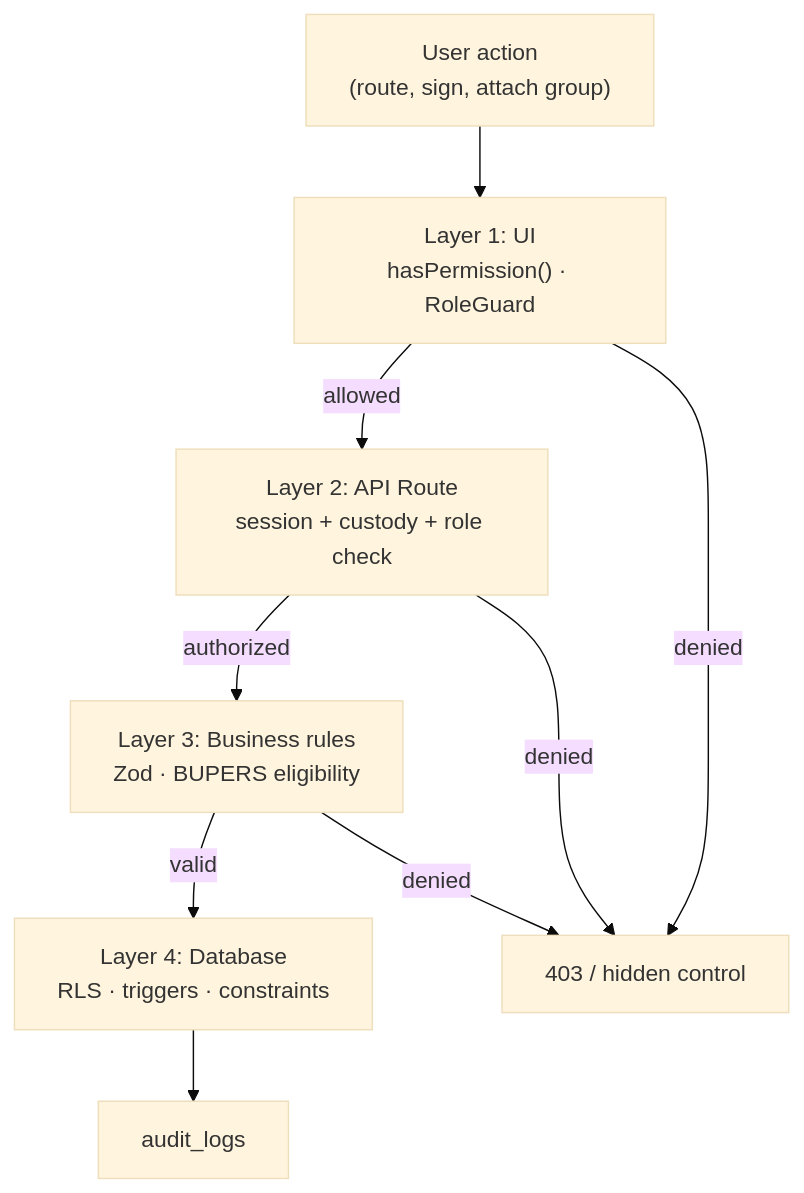
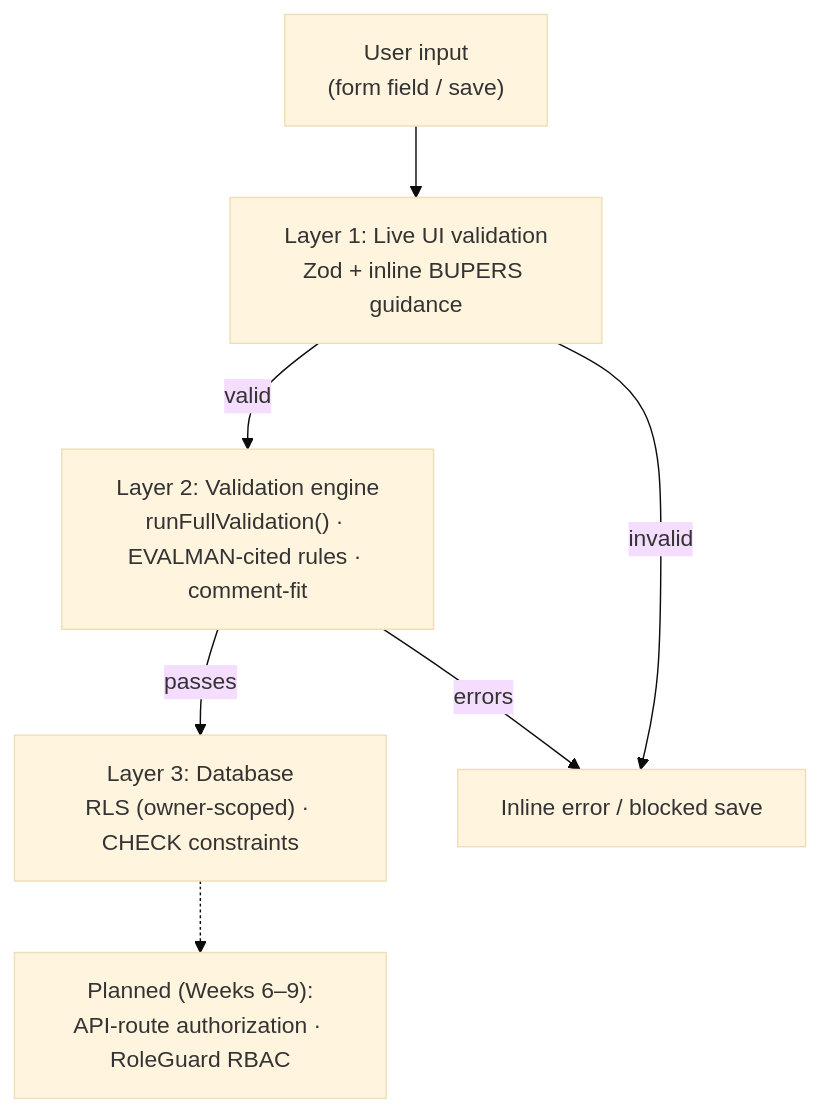
Before and after one commit to dainjaruss/apex: the fourth of 5 diagrams in docs/milestone/04-architecture-diagram.md, drawn with Mermaid (base theme). The commit also changed other lines of this file and 3 other files, not shown here.

````diff
--- a/docs/milestone/04-architecture-diagram.md
+++ b/docs/milestone/04-architecture-diagram.md
@@ -101,18 +94,15 @@
 ```mermaid
 flowchart TD
-  Request["User action<br/>(route, sign, attach group)"]
-  L1["Layer 1: UI<br/>hasPermission() · RoleGuard"]
-  L2["Layer 2: API Route<br/>session + custody + role check"]
-  L3["Layer 3: Business rules<br/>Zod · BUPERS eligibility"]
-  L4["Layer 4: Database<br/>RLS · triggers · constraints"]
-  Audit["audit_logs"]
+  Input["User input<br/>(form field / save)"]
+  L1["Layer 1: Live UI validation<br/>Zod + inline BUPERS guidance"]
+  L2["Layer 2: Validation engine<br/>runFullValidation() · EVALMAN-cited rules · comment-fit"]
+  L3["Layer 3: Database<br/>RLS (owner-scoped) · CHECK constraints"]
+  Planned["Planned (Weeks 6–9):<br/>API-route authorization · RoleGuard RBAC"]
 
-  Request --> L1
-  L1 -->|"allowed"| L2
-  L2 -->|"authorized"| L3
-  L3 -->|"valid"| L4
-  L4 --> Audit
-  L1 -->|"denied"| Deny["403 / hidden control"]
-  L2 -->|"denied"| Deny
-  L3 -->|"denied"| Deny
+  Input --> L1
+  L1 -->|"valid"| L2
+  L2 -->|"passes"| L3
+  L1 -->|"invalid"| Deny["Inline error / blocked save"]
+  L2 -->|"errors"| Deny
+  L3 -.-> Planned
 ```
````
